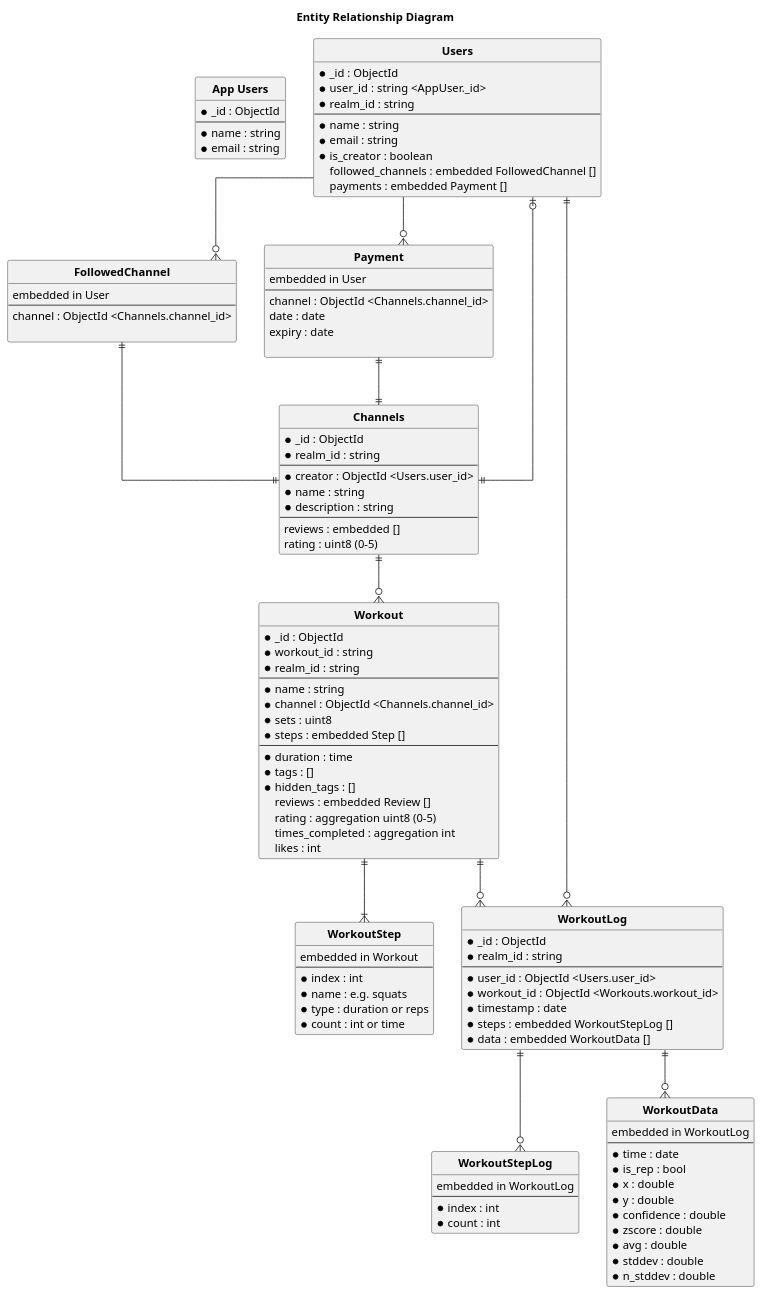
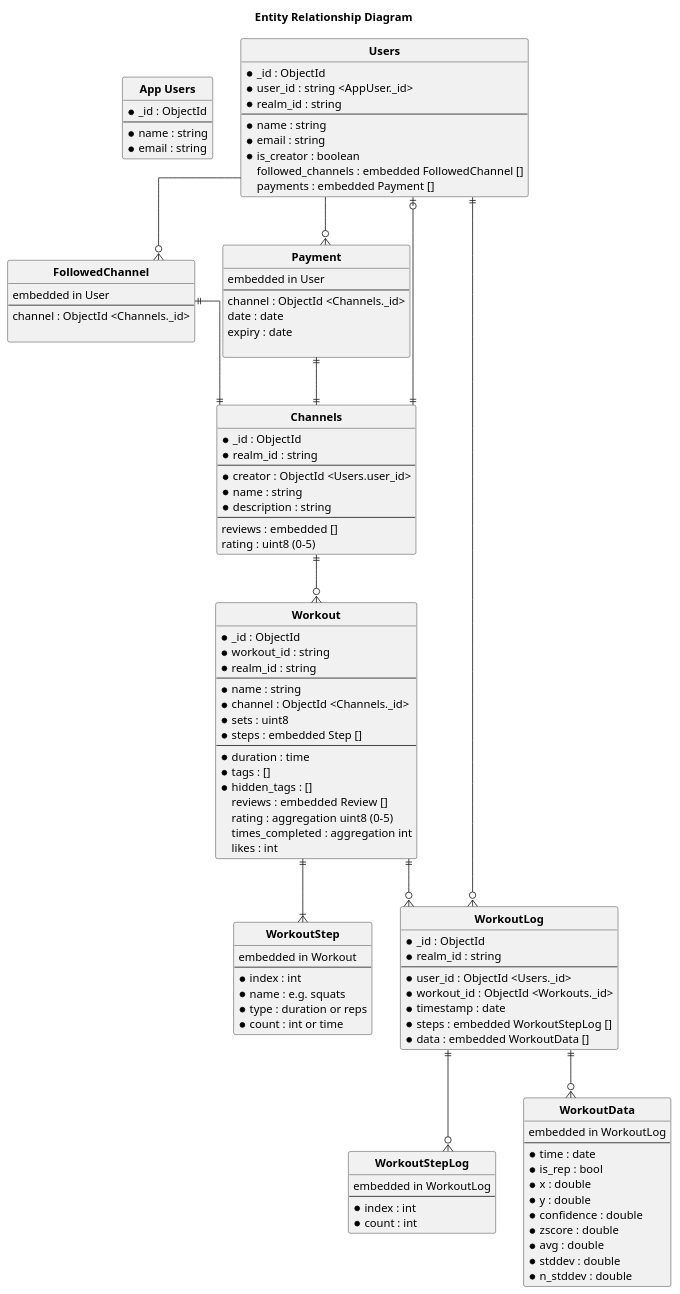
One commit to wongway/tmp-form-app changed the diagram in docs/diagrams/src/data_schema.puml. Above: the diagram before and after it, drawn with PlantUML.

Commit message:
ObjectId ref update

```diff
--- a/docs/diagrams/src/data_schema.puml
+++ b/docs/diagrams/src/data_schema.puml
@@ -1,134 +1,134 @@
 @startuml data_schema
 
 title Entity Relationship Diagram
 ' Follows the standards in: https://plantuml.com/ie-diagram
 
 hide circle
 skinparam linetype ortho
 
 entity "**App Users**" as AppUser {
     * _id : ObjectId
     ---
     * name : string
     * email : string
 }
 
 entity "**Users**" as User {
     * _id : ObjectId
     * user_id : string <AppUser._id>
     * realm_id : string
     ---
     * name : string
     * email : string
     * is_creator : boolean
     followed_channels : embedded FollowedChannel []
     payments : embedded Payment []
 }
 
 entity "**FollowedChannel**" as FollowedChannel {
     embedded in User
     ---
-    channel : ObjectId <Channels.channel_id>
+    channel : ObjectId <Channels._id>
 
 }
 
 entity "**Payment**" as Payment {
     embedded in User
     ---
-    channel : ObjectId <Channels.channel_id>
+    channel : ObjectId <Channels._id>
     date : date
     expiry : date
 
 }
 
 entity "**Channels**" as Channel {
     * _id : ObjectId
     ' * channel_id : string
     * realm_id : string
     ---
     * creator : ObjectId <Users.user_id>
     * name : string
     * description : string
     ---
     reviews : embedded []
     rating : uint8 (0-5)
 }
 
 entity "**Workout**" as Workout {
     * _id : ObjectId
     * workout_id : string
     * realm_id : string
     ---
     * name : string
-    * channel : ObjectId <Channels.channel_id>
+    * channel : ObjectId <Channels._id>
     * sets : uint8
     * steps : embedded Step []
     ---
     * duration : time
     * tags : []
     * hidden_tags : []
     reviews : embedded Review []
     rating : aggregation uint8 (0-5)
     times_completed : aggregation int
     likes : int
 }
 
 ' TODO: Probably want some sort of enum for type
 entity "**WorkoutStep**" as Step {
     embedded in Workout
     ---
     * index : int
     * name : e.g. squats
     * type : duration or reps
     * count : int or time
 }
 
 entity "**WorkoutLog**" as WorkoutLog {
     * _id : ObjectId
     * realm_id : string
     ---
-    * user_id : ObjectId <Users.user_id>
-    * workout_id : ObjectId <Workouts.workout_id>
+    * user_id : ObjectId <Users._id>
+    * workout_id : ObjectId <Workouts._id>
     * timestamp : date
     * steps : embedded WorkoutStepLog []
     * data : embedded WorkoutData []
 }
 
 entity "**WorkoutStepLog**" as WorkoutLogStep {
     embedded in WorkoutLog
     ---
     * index : int
     * count : int
 }
 
 entity "**WorkoutData**" as WorkoutData {
     embedded in WorkoutLog
     ---
     * time : date
     * is_rep : bool
     * x : double
     * y : double
     * confidence : double
     * zscore : double
     * avg : double
     * stddev : double
     * n_stddev : double
 }
 
 Workout ||--|{ Step
 Workout ||--o{ WorkoutLog
 
 WorkoutLog ||--o{ WorkoutLogStep
 
 User ||--o{ WorkoutLog
 User --o{ FollowedChannel
 User --o{ Payment
 
 FollowedChannel ||--|| Channel
 Payment ||--|| Channel
 
 Channel ||--o| User
 Channel ||--o{ Workout
 WorkoutLog ||--o{ WorkoutData
 
 @enduml
```
